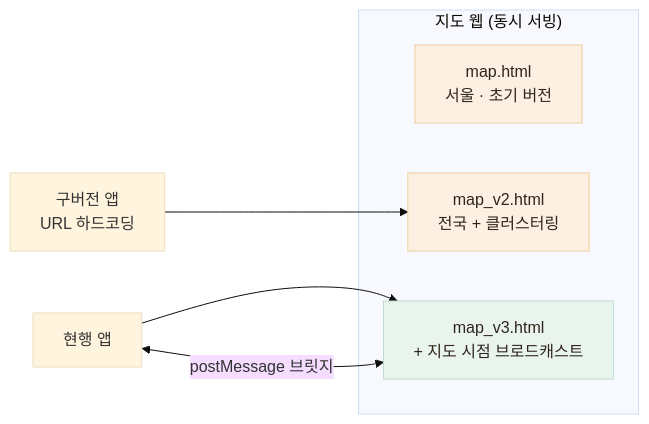
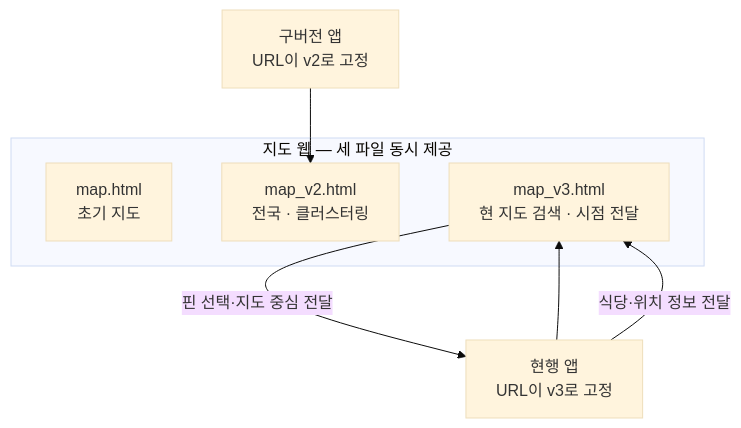
Before and after one commit to Jinacker/PortFolio: the diagram in public/mds/katsu-map/impl-3-map-versions.md, drawn with Mermaid (base theme). The commit also changed other lines of this file and 8 other files, not shown here.

````diff
--- a/public/mds/katsu-map/impl-3-map-versions.md
+++ b/public/mds/katsu-map/impl-3-map-versions.md
@@ -18,15 +22,13 @@
 ```mermaid
-flowchart LR
-    subgraph V["지도 웹 (동시 서빙)"]
-        M1["map.html<br/>서울 · 초기 버전"]
-        M2["map_v2.html<br/>전국 + 클러스터링"]
-        M3["map_v3.html<br/>+ 지도 시점 브로드캐스트"]
+flowchart TB
+    subgraph Web["지도 웹 — 세 파일 동시 제공"]
+        V1["map.html<br/>초기 지도"]
+        V2["map_v2.html<br/>전국 · 클러스터링"]
+        V3["map_v3.html<br/>현 지도 검색 · 시점 전달"]
     end
-    OLD["구버전 앱<br/>URL 하드코딩"] --> M2
-    NEW["현행 앱"] --> M3
-    NEW <-->|"postMessage 브릿지"| M3
 
-    style M1 fill:#FDF0E2,stroke:#EFCB9E,color:#2E251C
-    style M2 fill:#FDF0E2,stroke:#EFCB9E,color:#2E251C
-    style M3 fill:#EAF4EE,stroke:#BFDCCB,color:#2E251C
+    Old["구버전 앱<br/>URL이 v2로 고정"] --> V2
+    New["현행 앱<br/>URL이 v3로 고정"] --> V3
+    New -->|"식당·위치 정보 전달"| V3
+    V3 -->|"핀 선택·지도 중심 전달"| New
 ```
````
